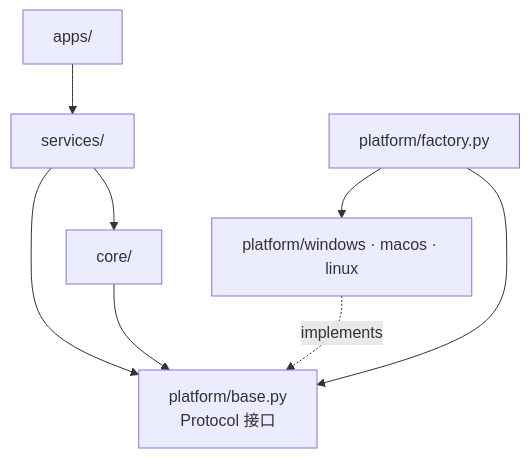
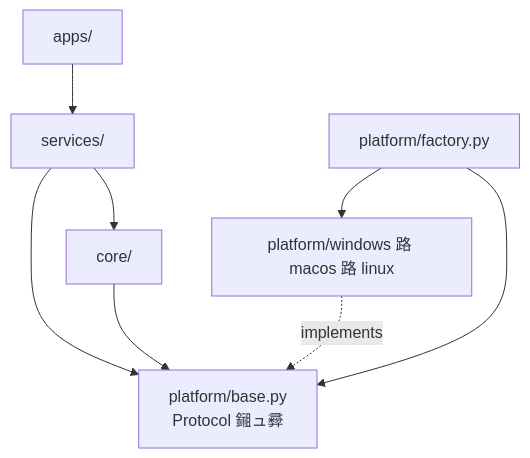
One commit to XinyiLiu577086410/Joystick-for-iNav-XPlane11-SITL changed the third of 9 diagrams in docs/cross-platform-refactor-plan.md. Above: the diagram before and after it, drawn with Mermaid. The commit also changed other lines of this file and 14 other files, not shown here.

````diff
--- a/docs/cross-platform-refactor-plan.md
+++ b/docs/cross-platform-refactor-plan.md
@@ -359,10 +319,10 @@
 ```mermaid
 flowchart TD
     Apps["apps/"] --> Services["services/"]
     Services --> Core["core/"]
-    Services --> Interfaces["platform/base.py<br/>Protocol 接口"]
+    Services --> Interfaces["platform/base.py<br/>Protocol 鎺ュ彛"]
     Core --> Interfaces
-    Impl["platform/windows · macos · linux"] -. implements .-> Interfaces
+    Impl["platform/windows 路 macos 路 linux"] -. implements .-> Interfaces
     Factory["platform/factory.py"] --> Impl
     Factory --> Interfaces
 ```
````
